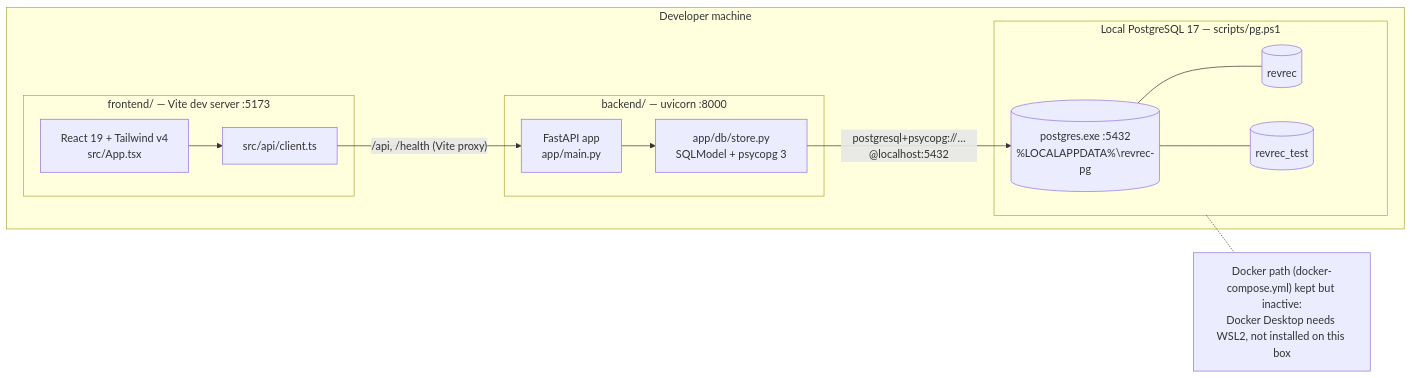
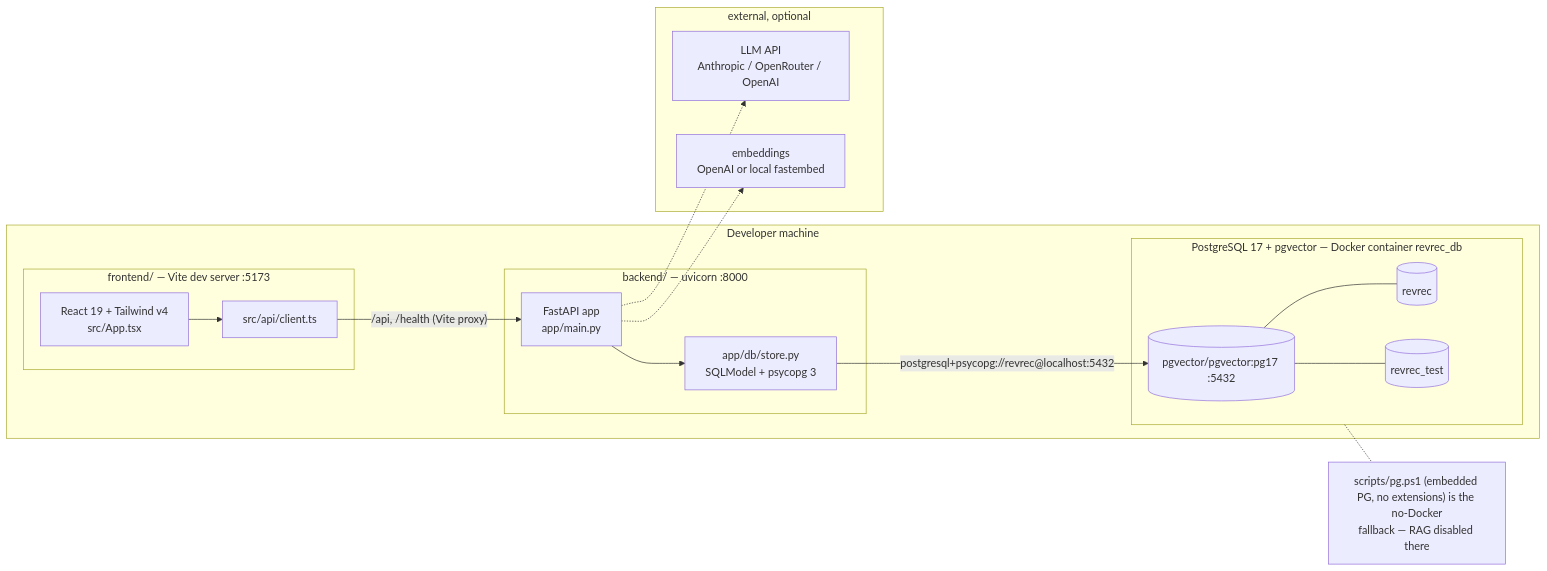
Before and after one commit to Skeletor-Pirate/AI-Revenue-Recovery: the second of 5 diagrams in architecture.md, drawn with Mermaid. The commit also changed other lines of this file and 6 other files, not shown here.

First line of the commit message:
Docs: RAG knowledge base + pgvector container

````diff
--- a/architecture.md
+++ b/architecture.md
@@ -81,28 +99,35 @@
 ```mermaid
 flowchart LR
     subgraph dev [Developer machine]
         subgraph fe [frontend/ — Vite dev server :5173]
             REACT[React 19 + Tailwind v4<br/>src/App.tsx]
             CLIENT[src/api/client.ts]
             REACT --> CLIENT
         end
         subgraph be [backend/ — uvicorn :8000]
             FASTAPI[FastAPI app<br/>app/main.py]
             STOREPY[app/db/store.py<br/>SQLModel + psycopg 3]
             FASTAPI --> STOREPY
         end
-        subgraph localpg [Local PostgreSQL 17 — scripts/pg.ps1]
-            PG[("postgres.exe :5432<br/>%LOCALAPPDATA%\revrec-pg")]
+        subgraph pg [PostgreSQL 17 + pgvector — Docker container revrec_db]
+            PG[("pgvector/pgvector:pg17 :5432")]
             DB1[(revrec)]
             DB2[(revrec_test)]
             PG --- DB1
             PG --- DB2
         end
     end
 
+    subgraph ext [external, optional]
+        LLM["LLM API<br/>Anthropic / OpenRouter / OpenAI"]
+        EMB["embeddings<br/>OpenAI or local fastembed"]
+    end
+
     CLIENT -- "/api, /health (Vite proxy)" --> FASTAPI
-    STOREPY -- "postgresql+psycopg://…@localhost:5432" --> PG
+    STOREPY -- "postgresql+psycopg://revrec@localhost:5432" --> PG
+    FASTAPI -.-> LLM
+    FASTAPI -.-> EMB
 
-    note["Docker path (docker-compose.yml) kept but inactive:<br/>Docker Desktop needs WSL2, not installed on this box"]
-    localpg -.- note
+    note["scripts/pg.ps1 (embedded PG, no extensions) is the no-Docker<br/>fallback — RAG disabled there"]
+    pg -.- note
 ```
````
